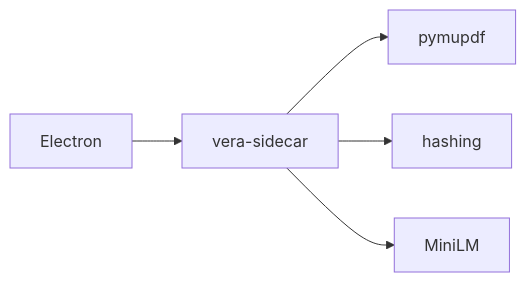
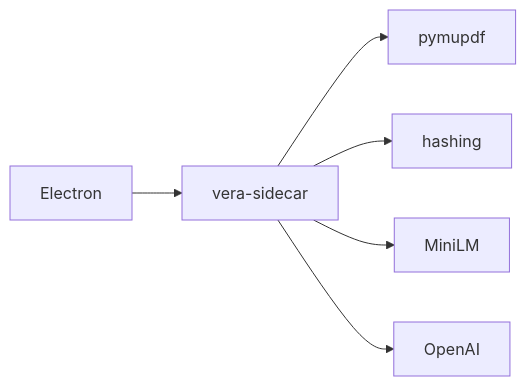
The diagram in docs/desktop-app-architecture.md (dkylewillis/vera), drawn with Mermaid before and after one commit. The commit also changed other lines of this file and 54 other files, not shown here.

````diff
--- a/docs/desktop-app-architecture.md
+++ b/docs/desktop-app-architecture.md
@@ -103,7 +106,8 @@
 ```mermaid
 flowchart LR
   Electron --> sidecar["vera-sidecar"]
   sidecar --> pymupdf
   sidecar --> hashing
   sidecar --> minilm["MiniLM"]
+  sidecar --> openai["OpenAI"]
 ```
````
